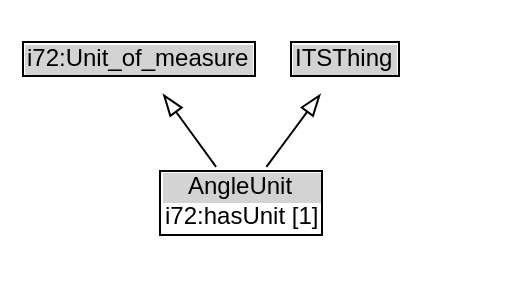
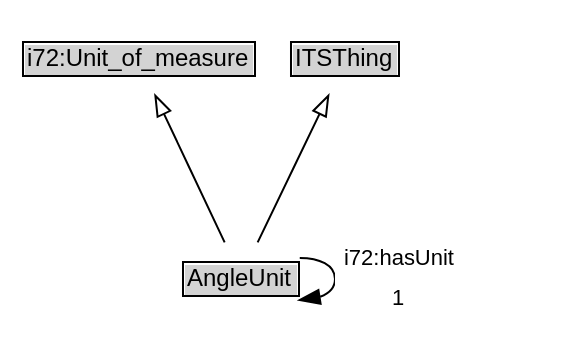
One commit to ISO-TC204/ontology-its-core-v1 changed the diagram in docs/diagrams/AngleUnit.dot. Above: the diagram before and after it, drawn with Graphviz. The commit also changed 52 other files, not shown here.

```diff
--- a/docs/diagrams/AngleUnit.dot
+++ b/docs/diagrams/AngleUnit.dot
@@ -1,21 +1,23 @@
 // Diagram for AngleUnit
 digraph {
 	graph [overlap=false rankdir=TB splines=true]
 	node [fontname=Arial fontsize=12 margin=0 shape=none]
 	edge [fontname=Arial fontsize=11]
 	{
 		rank=source
-		i72_Unit_of_measure [label=<<TABLE BORDER="1" CELLBORDER="0" CELLSPACING="0" CELLPADDING="1"><TR><TD BGCOLOR="lightgray" ALIGN="CENTER">i72:Unit_of_measure</TD></TR></TABLE>> URL="https://w3id.org/itsdata/i72/v1/Unit_of_measure" margin=0]
+		i72_Unit_of_measure [label=<<TABLE BORDER="1" CELLBORDER="0" CELLSPACING="0" CELLPADDING="1"><TR><TD BGCOLOR="lightgray" ALIGN="CENTER">i72:Unit_of_measure</TD></TR></TABLE>> URL="https://w3id.org/citydata/21972/v1/Unit_of_measure" margin=0]
 		ITSThing [label=<<TABLE BORDER="1" CELLBORDER="0" CELLSPACING="0" CELLPADDING="1"><TR><TD BGCOLOR="lightgray" ALIGN="CENTER">ITSThing</TD></TR></TABLE>> URL="../ITSThing" margin=0]
 	}
-	AngleUnit [label=<<TABLE BORDER="1" CELLBORDER="0" CELLSPACING="0" CELLPADDING="1"><TR><TD BGCOLOR="lightgray" ALIGN="CENTER">AngleUnit</TD></TR><TR><TD ALIGN="LEFT">i72:hasUnit [1]</TD></TR></TABLE>> URL="../AngleUnit" margin=0]
+	AngleUnit [label=<<TABLE BORDER="1" CELLBORDER="0" CELLSPACING="0" CELLPADDING="1"><TR><TD BGCOLOR="lightgray" ALIGN="CENTER">AngleUnit</TD></TR></TABLE>> URL="../AngleUnit" margin=0]
 	{
 		rank=max
 	}
 	subgraph cluster_associated {
 		label="" style=invis
 		Invis [label=<<TABLE BORDER="0" CELLBORDER="0" CELLSPACING="0" CELLPADDING="1"><TR><TD></TD></TR></TABLE>> margin=0 style=invis]
 	}
 	AngleUnit -> i72_Unit_of_measure [arrowhead=onormal style=solid]
 	AngleUnit -> ITSThing [arrowhead=onormal style=solid]
+	AngleUnit [label=<<TABLE BORDER="1" CELLBORDER="0" CELLSPACING="0" CELLPADDING="1"><TR><TD BGCOLOR="lightgray" ALIGN="CENTER">AngleUnit</TD></TR></TABLE>> URL="../AngleUnit" margin=0]
+	AngleUnit -> AngleUnit [label=<<TABLE BORDER="0" CELLBORDER="0" CELLSPACING="0" CELLPADDING="4" BGCOLOR="white"><TR><TD ALIGN="CENTER">i72:hasUnit</TD></TR><TR><TD ALIGN="CENTER">1</TD></TR></TABLE>> arrowhead=normal style=solid]
 }
```
